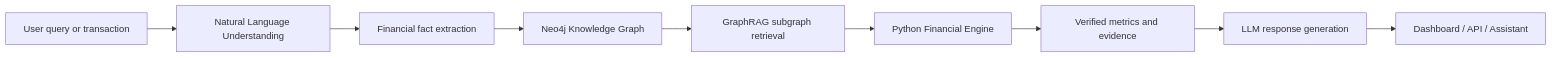
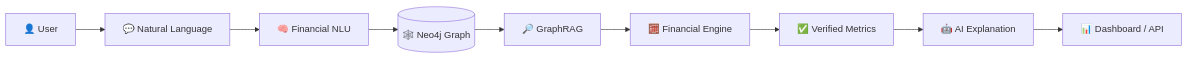
Before and after one commit to ShlokMishra01/Fintech-assistant-model-with-neo4j-and-Python: the first of 11 diagrams in README.md, drawn with Mermaid. The commit also changed other lines of this file, not shown here.

````diff
--- a/README.md
+++ b/README.md
@@ -77,11 +43,11 @@
 ```mermaid
 flowchart LR
-    A[User query or transaction] --> B[Natural Language Understanding]
-    B --> C[Financial fact extraction]
-    C --> D[Neo4j Knowledge Graph]
-    D --> E[GraphRAG subgraph retrieval]
-    E --> F[Python Financial Engine]
-    F --> G[Verified metrics and evidence]
-    G --> H[LLM response generation]
-    H --> I[Dashboard / API / Assistant]
+    A["👤 User"] --> B["💬 Natural Language"]
+    B --> C["🧠 Financial NLU"]
+    C --> D[("🕸️ Neo4j Graph")]
+    D --> E["🔎 GraphRAG"]
+    E --> F["🧮 Financial Engine"]
+    F --> G["✅ Verified Metrics"]
+    G --> H["🤖 AI Explanation"]
+    H --> I["📊 Dashboard / API"]
 ```
````
